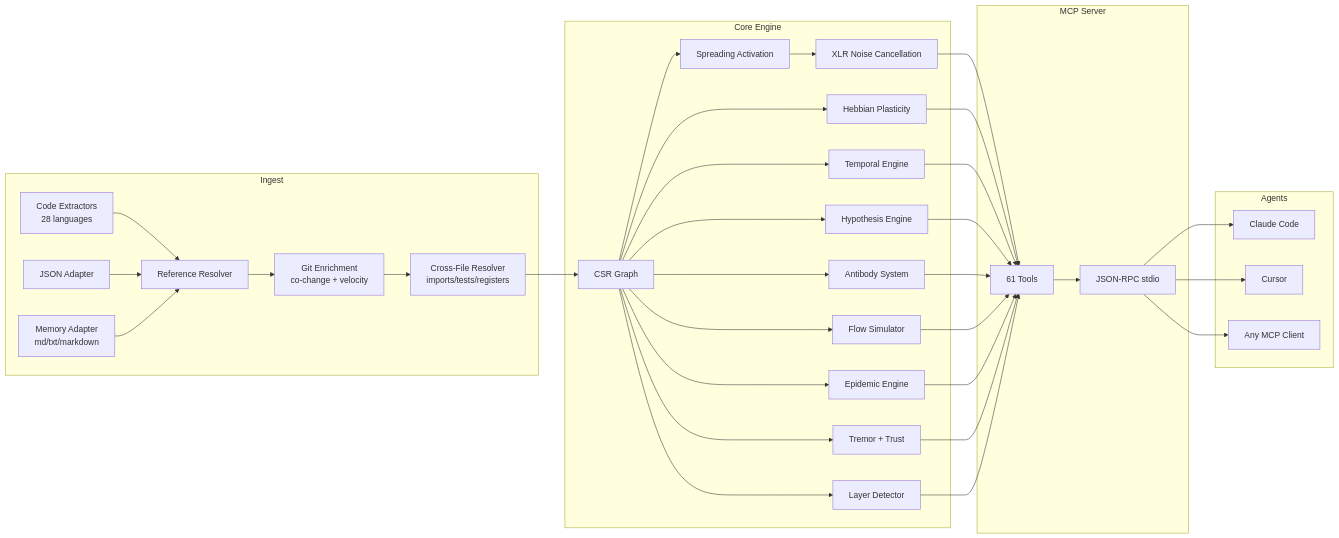
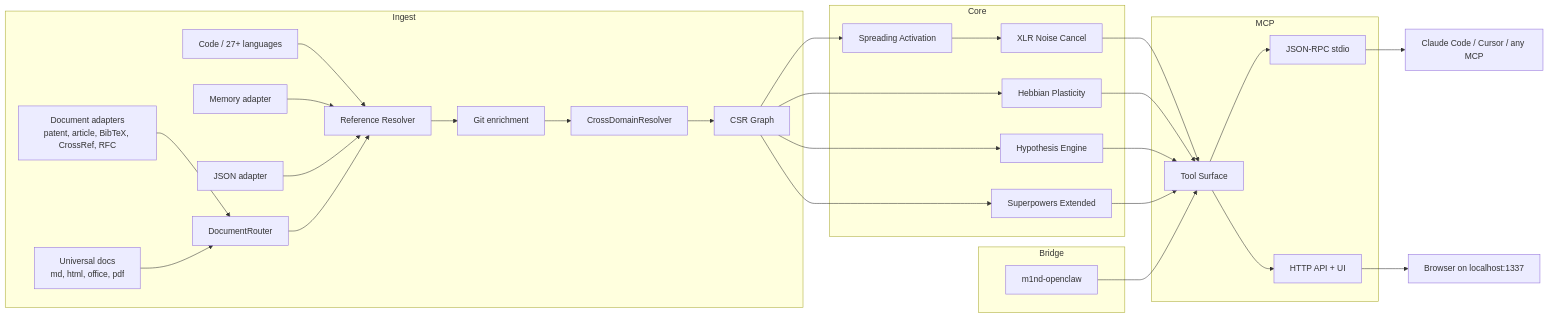
One commit to maxkle1nz/m1nd changed the diagram in i18n/README.es.md. Above: the diagram before and after it, drawn with Mermaid. The commit also changed other lines of this file and 53 other files, not shown here.

Commit message:
docs(repo): reorganize public surface, tests, and translations

````diff
--- a/i18n/README.es.md
+++ b/i18n/README.es.md
@@ -426,40 +562,34 @@
 ```mermaid
 graph LR
     subgraph Ingest
-        A[Code Extractors<br/>28 languages] --> B[Reference Resolver]
-        C[JSON Adapter] --> B
-        MA[Memory Adapter<br/>md/txt/markdown] --> B
-        B --> GD[Git Enrichment<br/>co-change + velocity]
-        GD --> CF[Cross-File Resolver<br/>imports/tests/registers]
+        A[Code / 27+ languages] --> R[Reference Resolver]
+        MA[Memory adapter] --> R
+        JA[JSON adapter] --> R
+        DA[Document adapters<br/>patent, article, BibTeX, CrossRef, RFC] --> DR[DocumentRouter]
+        UA[Universal docs<br/>md, html, office, pdf] --> DR
+        DR --> R
+        R --> GD[Git enrichment]
+        GD --> XD[CrossDomainResolver]
+        XD --> G[CSR Graph]
     end
-    subgraph Core Engine
-        CF --> D[CSR Graph]
-        D --> E[Spreading Activation]
-        D --> F[Hebbian Plasticity]
-        D --> G[Temporal Engine]
-        D --> H[Hypothesis Engine]
-        D --> AB[Antibody System]
-        D --> FL[Flow Simulator]
-        D --> EP[Epidemic Engine]
-        D --> TR[Tremor + Trust]
-        D --> LY[Layer Detector]
-        E --> I[XLR Noise Cancellation]
+    subgraph Core
+        G --> SA[Spreading Activation]
+        G --> HP[Hebbian Plasticity]
+        G --> HY[Hypothesis Engine]
+        G --> SX[Superpowers Extended]
+        SA --> XLR[XLR Noise Cancel]
     end
-    subgraph MCP Server
-        I --> J[61 Tools]
-        F --> J
-        G --> J
-        H --> J
-        AB --> J
-        FL --> J
-        EP --> J
-        TR --> J
-        LY --> J
-        J --> K[JSON-RPC stdio]
+    subgraph MCP
+        XLR --> T[Tool Surface]
+        HP --> T
+        HY --> T
+        SX --> T
+        T --> IO[JSON-RPC stdio]
+        T --> HTTP[HTTP API + UI]
     end
-    subgraph Agents
-        K --> L[Claude Code]
-        K --> M[Cursor]
-        K --> N[Any MCP Client]
+    subgraph Bridge
+        OC[m1nd-openclaw] --> T
     end
+    IO --> C[Claude Code / Cursor / any MCP]
+    HTTP --> B[Browser on localhost:1337]
 ```
````
